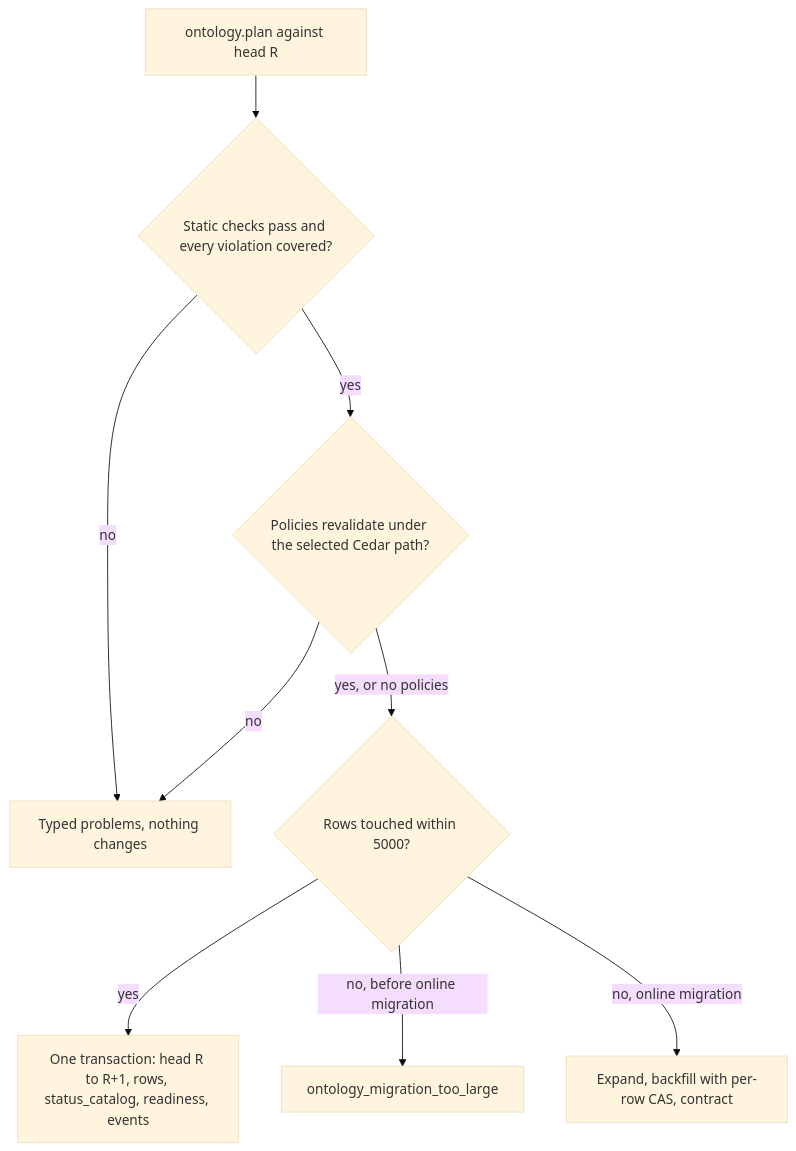
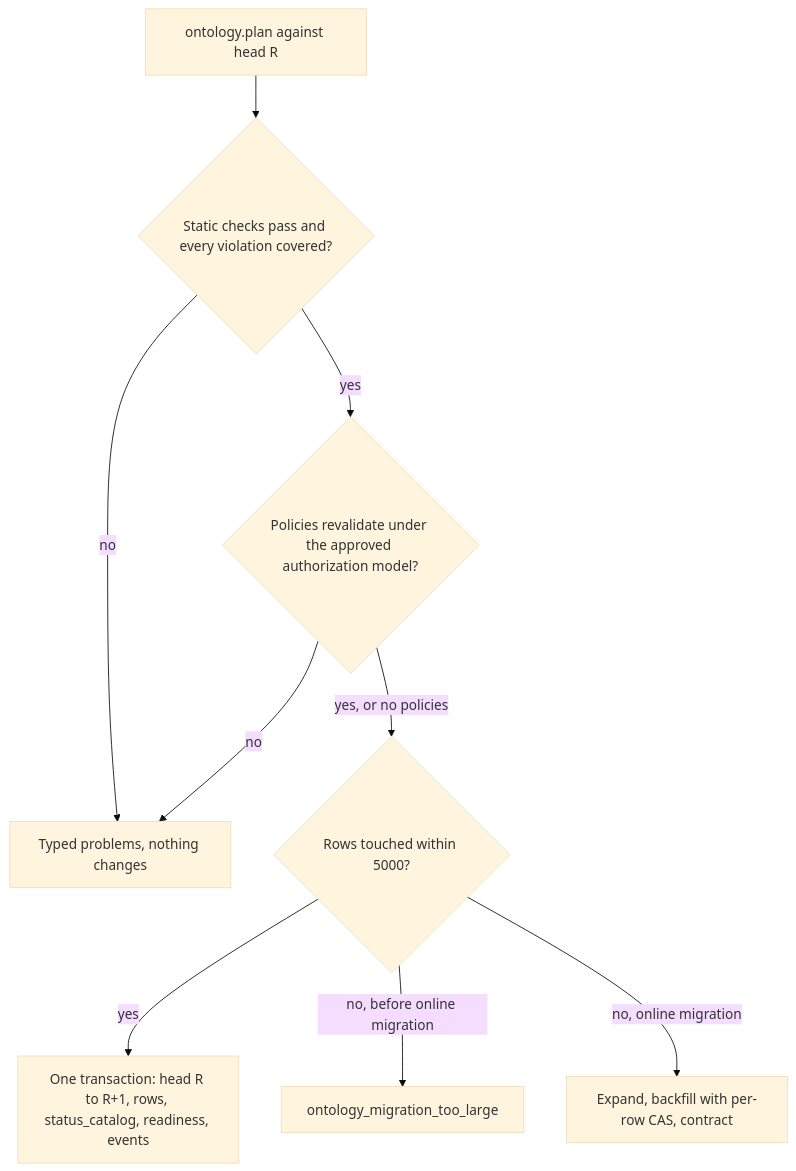
The second of 6 diagrams in engdocs/design/plug/design.md (buildbetter-app/plugs), drawn with Mermaid (base theme) before and after one commit. The commit also changed other lines of this file and 10 other files, not shown here.

````diff
--- a/engdocs/design/plug/design.md
+++ b/engdocs/design/plug/design.md
@@ -482,11 +492,11 @@
 ```mermaid
 flowchart TB
   Plan["ontology.plan against head R"] --> Ok{"Static checks pass and every violation covered?"}
   Ok -->|"no"| Refuse["Typed problems, nothing changes"]
-  Ok -->|"yes"| Pol{"Policies revalidate under the selected Cedar path?"}
+  Ok -->|"yes"| Pol{"Policies revalidate under the approved authorization model?"}
   Pol -->|"no"| Refuse
   Pol -->|"yes, or no policies"| Size{"Rows touched within 5000?"}
   Size -->|"yes"| Atomic["One transaction: head R to R+1, rows, status_catalog, readiness, events"]
   Size -->|"no, before online migration"| Split["ontology_migration_too_large"]
   Size -->|"no, online migration"| Expand["Expand, backfill with per-row CAS, contract"]
 ```
````
